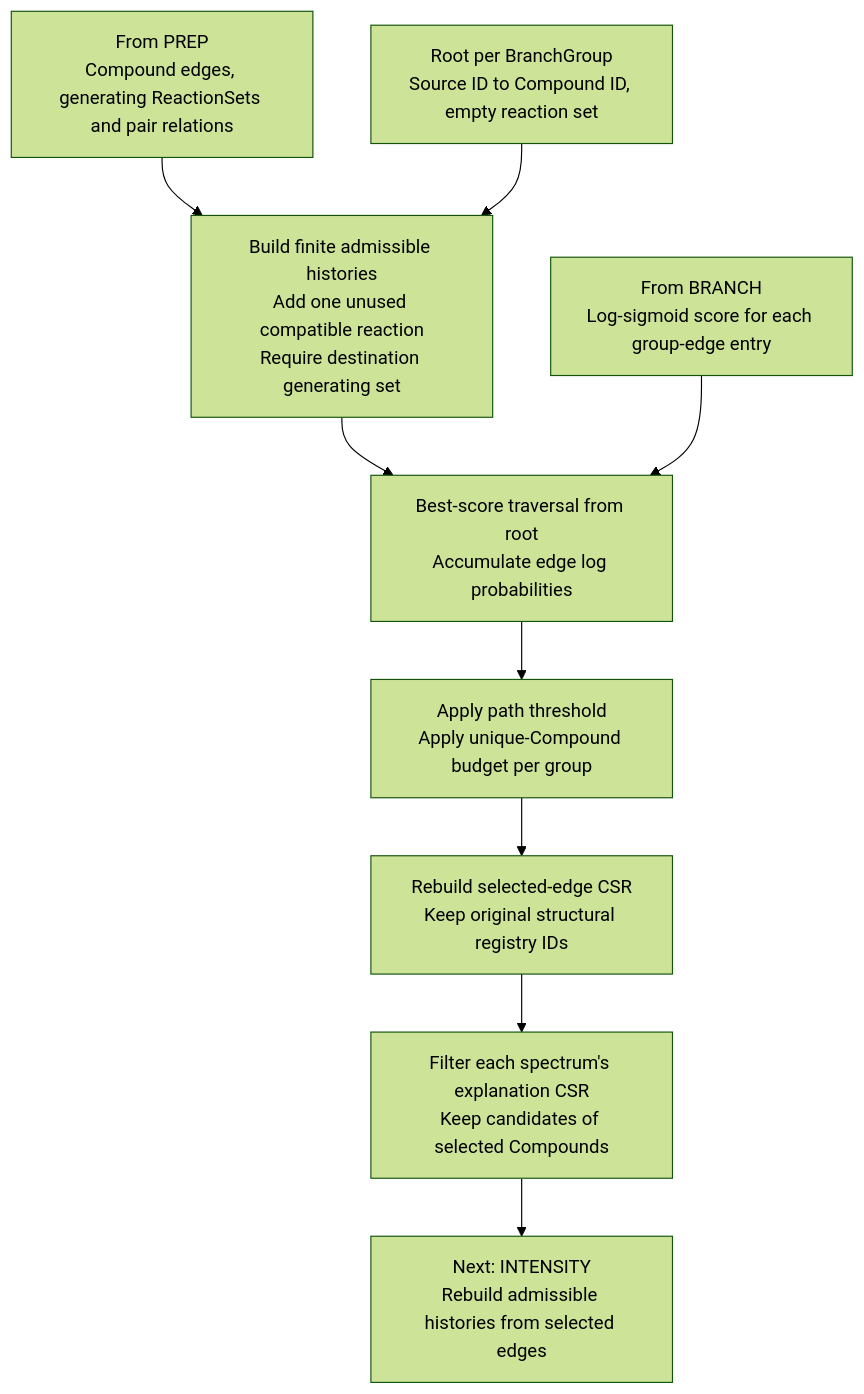
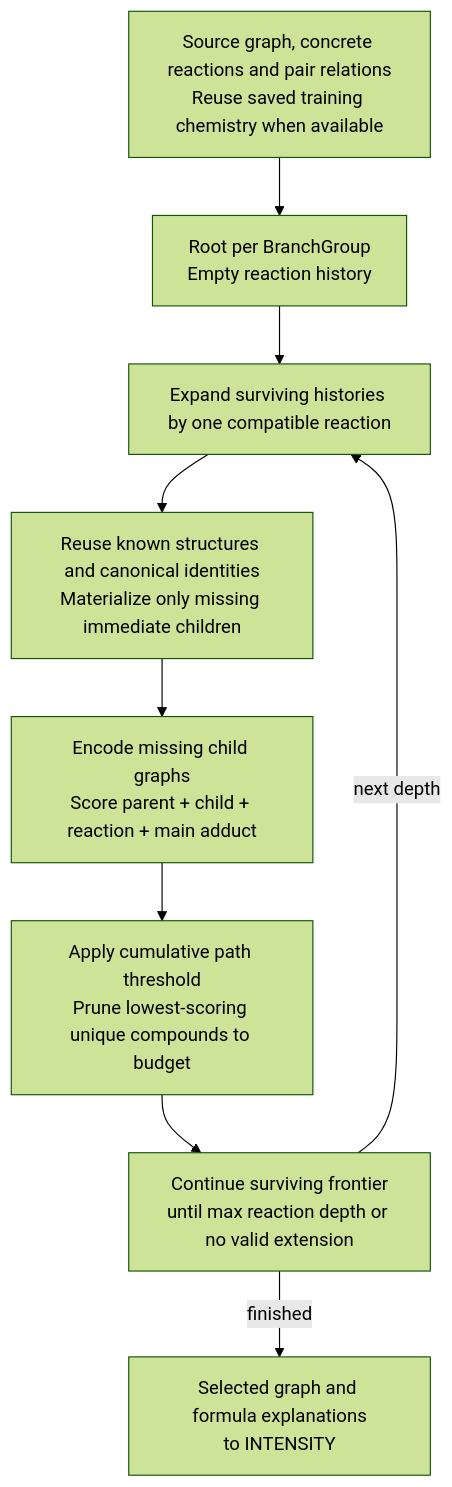
One commit to MotohiroOGAWA/FREDIS changed the tenth of 17 diagrams in fredis/ml/ARCHITECTURE_DETAILS.md. Above: the diagram before and after it, drawn with Mermaid (forest theme). The commit also changed other lines of this file and 11 other files, not shown here.

First line of the commit message:
Refactor spectrum prediction workflow to support incremental reaction search and compound grouping

````diff
--- a/fredis/ml/ARCHITECTURE_DETAILS.md
+++ b/fredis/ml/ARCHITECTURE_DETAILS.md
@@ -784,15 +784,14 @@
 ```mermaid
 flowchart TB
-    PREP["From PREP<br/>Compound edges, generating ReactionSets and pair relations"]
-    ROOT["Root per BranchGroup<br/>Source ID to Compound ID, empty reaction set"]
-    EXPAND["Build finite admissible histories<br/>Add one unused compatible reaction<br/>Require destination generating set"]
-    SCORE["From BRANCH<br/>Log-sigmoid score for each group-edge entry"]
-    QUEUE["Best-score traversal from root<br/>Accumulate edge log probabilities"]
-    LIMIT["Apply path threshold<br/>Apply unique-Compound budget per group"]
-    EDGE["Rebuild selected-edge CSR<br/>Keep original structural registry IDs"]
-    EXPLAIN["Filter each spectrum's explanation CSR<br/>Keep candidates of selected Compounds"]
-    NEXT["Next: INTENSITY<br/>Rebuild admissible histories from selected edges"]
-    PREP --> EXPAND
-    ROOT --> EXPAND --> QUEUE
-    SCORE --> QUEUE --> LIMIT --> EDGE --> EXPLAIN --> NEXT
+    PREP["Source graph, concrete reactions and pair relations<br/>Reuse saved training chemistry when available"]
+    ROOT["Root per BranchGroup<br/>Empty reaction history"]
+    EXPAND["Expand surviving histories by one compatible reaction"]
+    MATERIALIZE["Reuse known structures and canonical identities<br/>Materialize only missing immediate children"]
+    SCORE["Encode missing child graphs<br/>Score parent + child + reaction + main adduct"]
+    LIMIT["Apply cumulative path threshold<br/>Prune lowest-scoring unique compounds to budget"]
+    DEPTH["Continue surviving frontier<br/>until max reaction depth or no valid extension"]
+    NEXT["Selected graph and formula explanations<br/>to INTENSITY"]
+    PREP --> ROOT --> EXPAND --> MATERIALIZE --> SCORE --> LIMIT --> DEPTH
+    DEPTH -->|next depth| EXPAND
+    DEPTH -->|finished| NEXT
 ```
````
